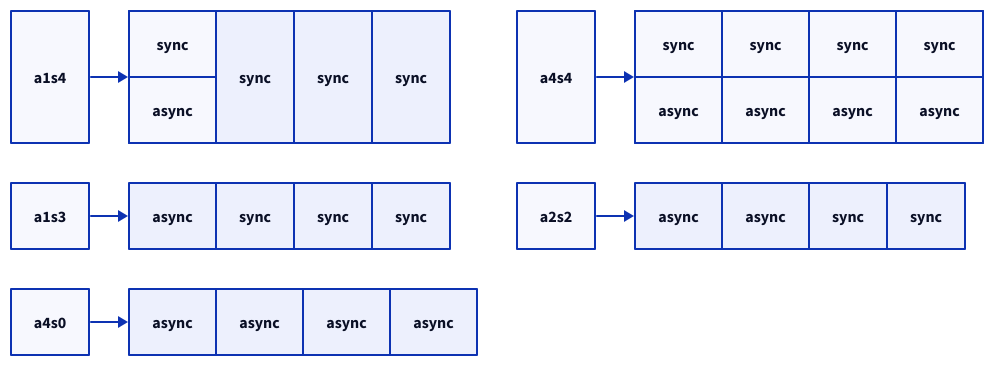
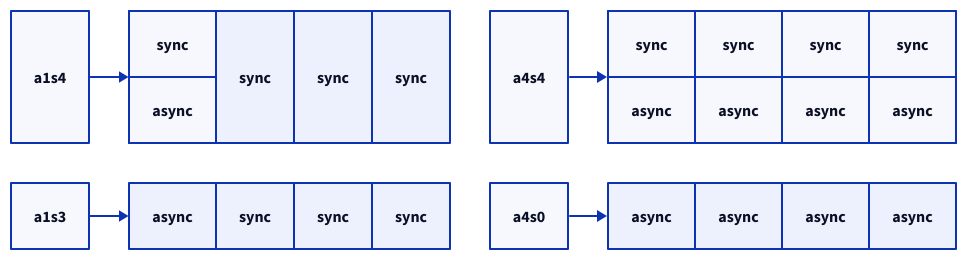
The diagram in dived-cpus.d2 (ewienik/p99-2025), drawn with D2 before and after one commit. The commit also changed 154 other files, not shown here.

Commit message:
Add more scripts for charts

```diff
--- a/dived-cpus.d2
+++ b/dived-cpus.d2
@@ -1,100 +1,91 @@
+style: {
+  fill: transparent
+}
+
 classes: {
   invisible: {
     style.opacity: 0
     label: ""
   }
 }
 
 grid-rows: 5
 grid-columns: 4
 
 a1s4
 setup-a1s4: "" {
   class: invisible
   grid-rows: 1
   grid-gap: 0
 
   0: "" {
     grid-columns: 1
     grid-gap: 0
     sync
     async
   }
 
   1: sync
   2: sync
   3: sync
 }
 a1s4 -> setup-a1s4
 
 a4s4
 setup-a4s4: "" {
   class: invisible
   grid-rows: 1
   grid-gap: 0
 
   0: "" {
     grid-columns: 1
     grid-gap: 0
     sync
     async
   }
   1: "" {
     grid-columns: 1
     grid-gap: 0
     sync
     async
   }
   2: "" {
     grid-columns: 1
     grid-gap: 0
     sync
     async
   }
   3: "" {
     grid-columns: 1
     grid-gap: 0
     sync
     async
   }
 }
 a4s4 -> setup-a4s4
 
 a1s3
 setup-a1s3: "" {
   class: invisible
   grid-rows: 1
   grid-gap: 0
 
   0: async
   1: sync
   2: sync
   3: sync
 }
 a1s3 -> setup-a1s3
 
-a2s2
-setup-a2s2: "" {
-  class: invisible
-  grid-rows: 1
-  grid-gap: 0
-
-  0: async
-  1: async
-  2: sync
-  3: sync
-}
-a2s2 -> setup-a2s2
-
 a4s0
 setup-a4s0: "" {
   class: invisible
   grid-rows: 1
   grid-gap: 0
 
   0: async
   1: async
   2: async
   3: async
 }
 a4s0 -> setup-a4s0
```
